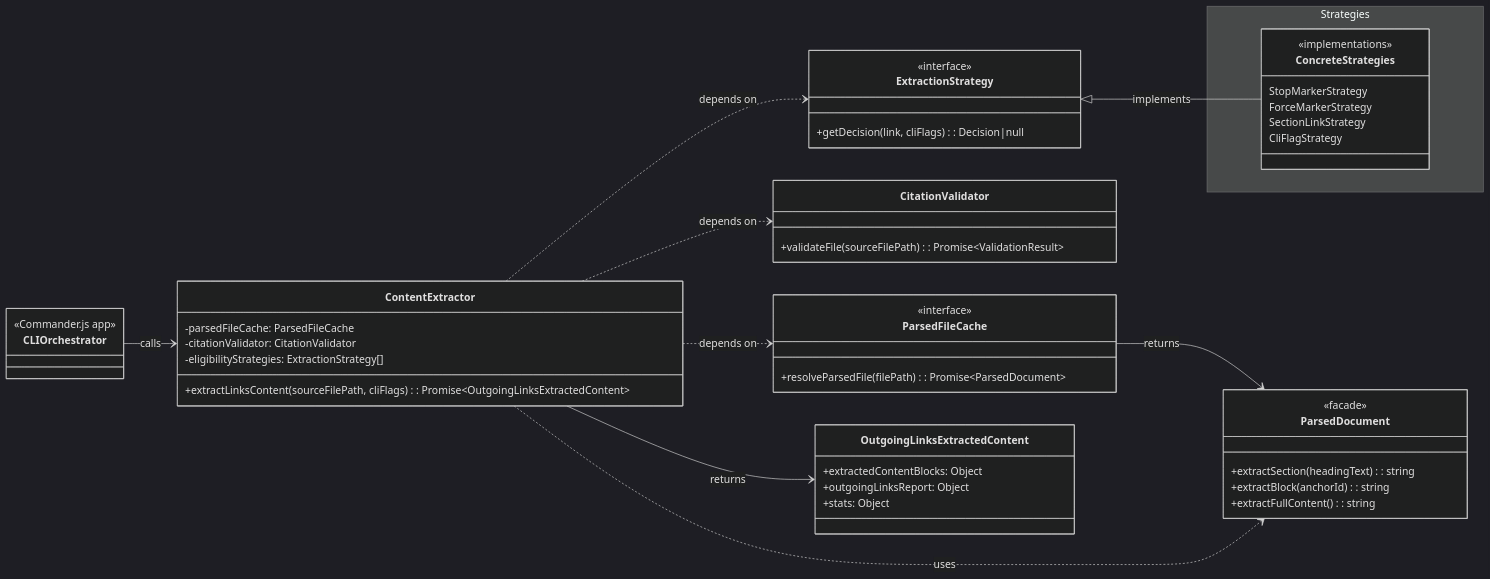
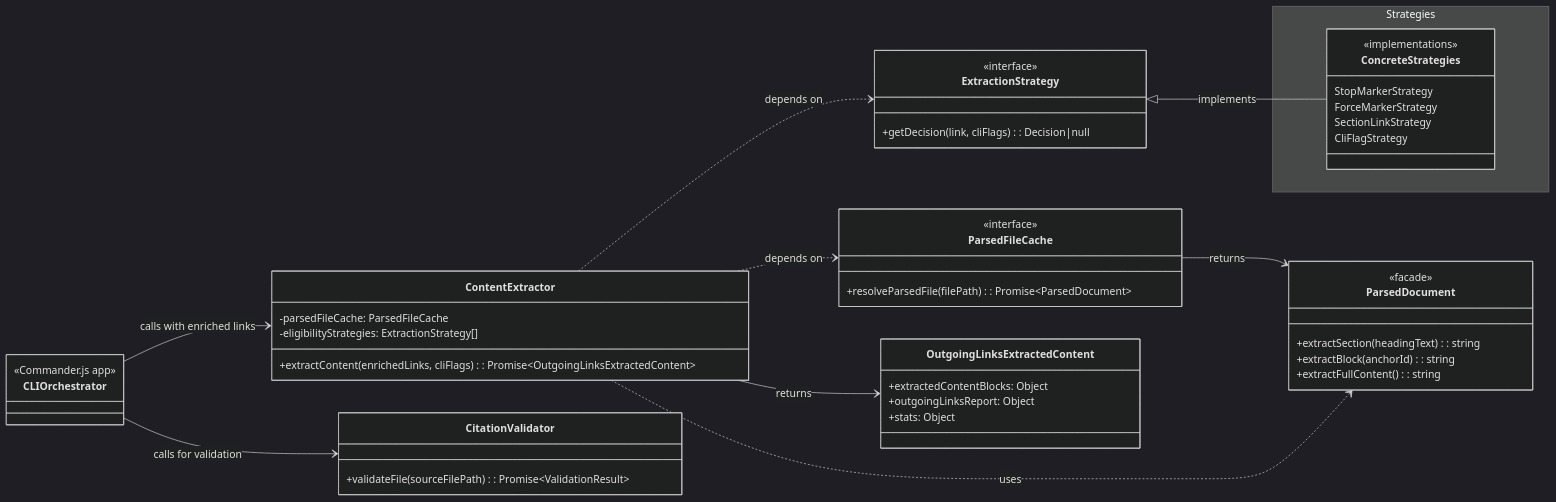
One commit to WesleyMFrederick/cc-workflows changed the second of 2 diagrams in tools/citation-manager/design-docs/component-guides/Content Extractor Implementation Guide.md. Above: the diagram before and after it, drawn with Mermaid (dark theme). The commit also changed other lines of this file and 55 other files, not shown here.

````diff
--- a/tools/citation-manager/design-docs/component-guides/Content Extractor Implementation Guide.md
+++ b/tools/citation-manager/design-docs/component-guides/Content Extractor Implementation Guide.md
@@ -339,63 +343,62 @@
 ```mermaid
 %%{init: {"classDiagram": {"defaultRenderer": "elk"} }}%%
 
 classDiagram
     direction LR
 
     class CLIOrchestrator {
         <<Commander.js app>>
     }
 
     class ContentExtractor {
         -parsedFileCache: ParsedFileCache
-        -citationValidator: CitationValidator
         -eligibilityStrategies: ExtractionStrategy[]
-        +extractLinksContent(sourceFilePath, cliFlags): Promise~OutgoingLinksExtractedContent~
+        +extractContent(enrichedLinks, cliFlags): Promise~OutgoingLinksExtractedContent~
     }
 
     class ParsedFileCache {
         <<interface>>
         +resolveParsedFile(filePath): Promise~ParsedDocument~
     }
 
     class CitationValidator {
         +validateFile(sourceFilePath): Promise~ValidationResult~
     }
 
     class ParsedDocument {
         <<facade>>
         +extractSection(headingText): string
         +extractBlock(anchorId): string
         +extractFullContent(): string
     }
 
     class ExtractionStrategy {
         <<interface>>
         +getDecision(link, cliFlags): Decision|null
     }
 
     namespace Strategies {
         class ConcreteStrategies {
             <<implementations>>
             StopMarkerStrategy
             ForceMarkerStrategy
             SectionLinkStrategy
             CliFlagStrategy
         }
     }
 
     class OutgoingLinksExtractedContent {
         +extractedContentBlocks: Object
         +outgoingLinksReport: Object
         +stats: Object
     }
 
-    CLIOrchestrator --> ContentExtractor : calls
+    CLIOrchestrator --> CitationValidator : calls for validation
+    CLIOrchestrator --> ContentExtractor : calls with enriched links
     ContentExtractor ..> ParsedFileCache : depends on
-    ContentExtractor ..> CitationValidator : depends on
     ParsedFileCache --> ParsedDocument : returns
     ContentExtractor ..> ParsedDocument : uses
     ContentExtractor ..> ExtractionStrategy : depends on
     ExtractionStrategy <|-- ConcreteStrategies : implements
     ContentExtractor --> OutgoingLinksExtractedContent : returns
 ```
````
